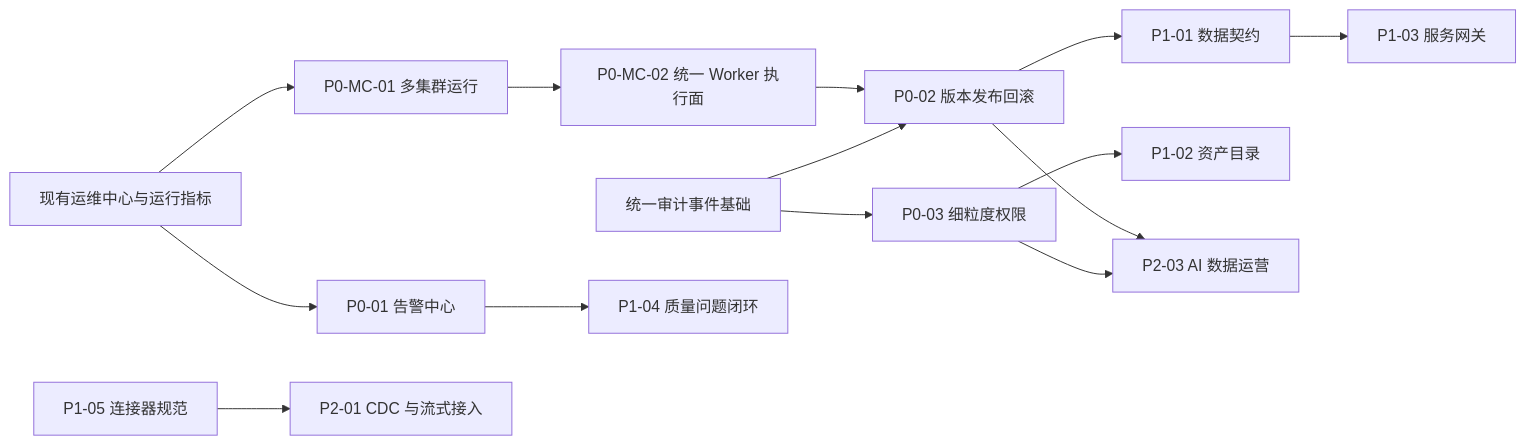
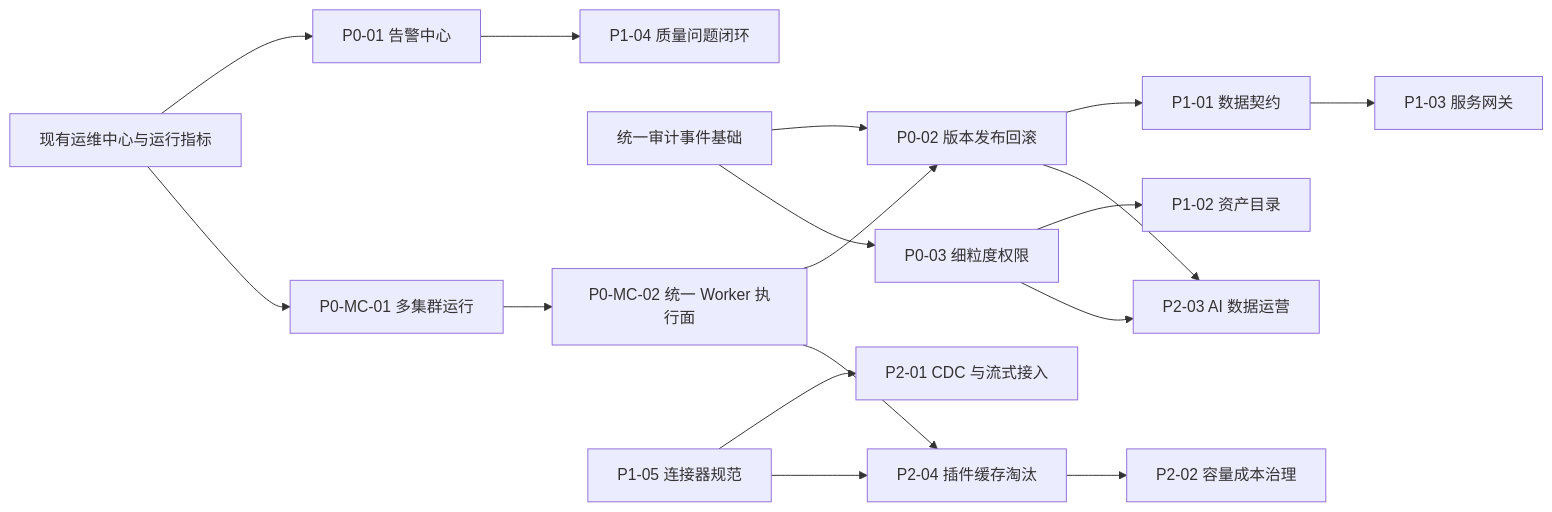
Before and after one commit to wdragondragon/data-aggregation-studio: the diagram in docs/规划/studio-future-roadmap.md, drawn with Mermaid. The commit also changed other lines of this file and 10 other files, not shown here.

````diff
--- a/docs/规划/studio-future-roadmap.md
+++ b/docs/规划/studio-future-roadmap.md
@@ -515,16 +542,19 @@
 ```mermaid
 flowchart LR
     OPS[现有运维中心与运行指标] --> ALERT[P0-01 告警中心]
     OPS --> RUNTIME[P0-MC-01 多集群运行]
     RUNTIME --> WORKER[P0-MC-02 统一 Worker 执行面]
     AUDIT[统一审计事件基础] --> VERSION[P0-02 版本发布回滚]
     WORKER --> VERSION
     AUDIT --> PERMISSION[P0-03 细粒度权限]
     VERSION --> CONTRACT[P1-01 数据契约]
     PERMISSION --> CATALOG[P1-02 资产目录]
     CONTRACT --> GATEWAY[P1-03 服务网关]
     ALERT --> QUALITY[P1-04 质量问题闭环]
     CONNECTOR[P1-05 连接器规范] --> CDC[P2-01 CDC 与流式接入]
+    WORKER --> CACHE[P2-04 插件缓存淘汰]
+    CONNECTOR --> CACHE
+    CACHE --> COST[P2-02 容量成本治理]
     PERMISSION --> AI[P2-03 AI 数据运营]
     VERSION --> AI
 ```
````
